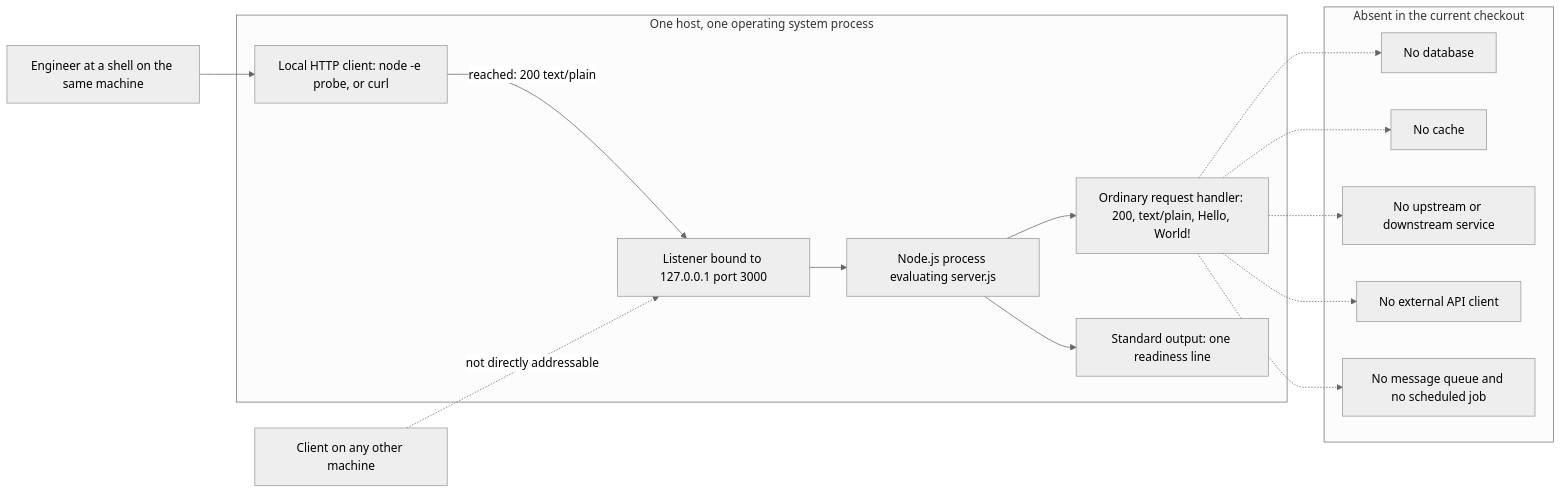
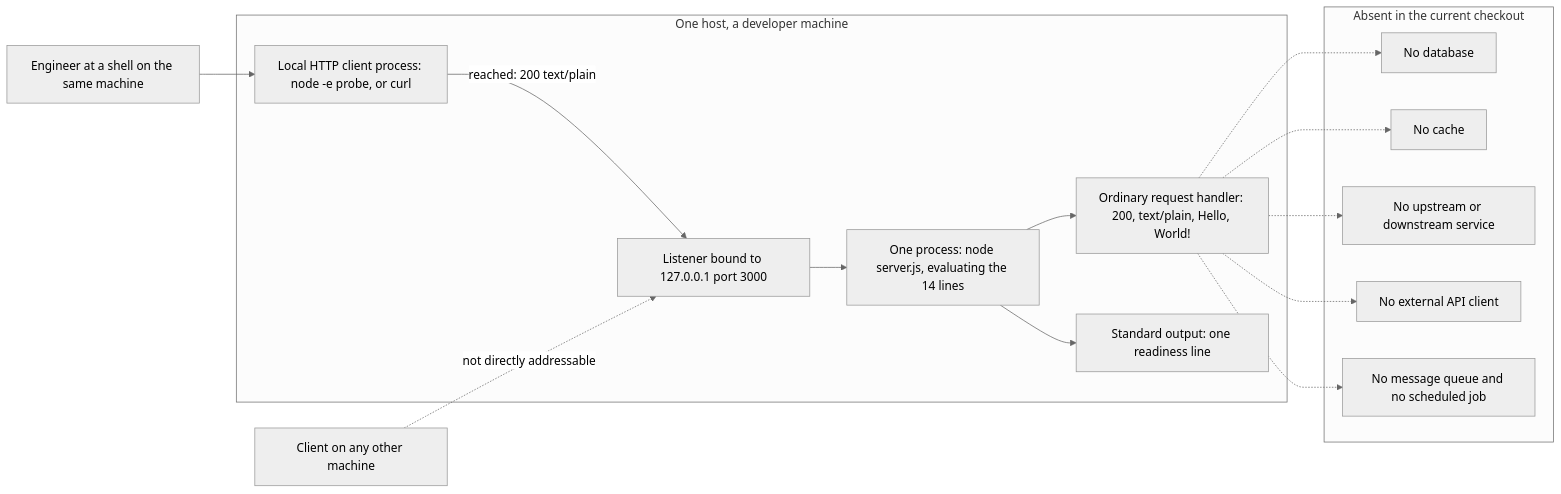
The diagram in README.md (ajitblitzy/Ajit_GH_Repo-12-Mar-26), drawn with Mermaid (neutral theme) before and after one commit. The commit also changed other lines of this file and 5 other files, not shown here.

````diff
--- a/README.md
+++ b/README.md
@@ -329,30 +334,30 @@
 ```mermaid
 flowchart LR
     DEV["Engineer at a shell on the same machine"]
     OFFHOST["Client on any other machine"]
-    subgraph HOST["One host, one operating system process"]
-        CLIENT["Local HTTP client: node -e probe, or curl"]
+    subgraph HOST["One host, a developer machine"]
+        CLIENT["Local HTTP client process: node -e probe, or curl"]
         LISTENER["Listener bound to 127.0.0.1 port 3000"]
-        PROCESS["Node.js process evaluating server.js"]
+        PROCESS["One process: node server.js, evaluating the 14 lines"]
         HANDLER["Ordinary request handler: 200, text/plain, Hello, World!"]
         STDOUT["Standard output: one readiness line"]
     end
     subgraph ABSENT["Absent in the current checkout"]
         NODB["No database"]
         NOCACHE["No cache"]
         NOSERVICE["No upstream or downstream service"]
         NOAPI["No external API client"]
         NOQUEUE["No message queue and no scheduled job"]
     end
     DEV --> CLIENT
     CLIENT -->|"reached: 200 text/plain"| LISTENER
     LISTENER --> PROCESS
     PROCESS --> HANDLER
     PROCESS --> STDOUT
     OFFHOST -.->|"not directly addressable"| LISTENER
     HANDLER -.-> NODB
     HANDLER -.-> NOCACHE
     HANDLER -.-> NOSERVICE
     HANDLER -.-> NOAPI
     HANDLER -.-> NOQUEUE
 ```
````
